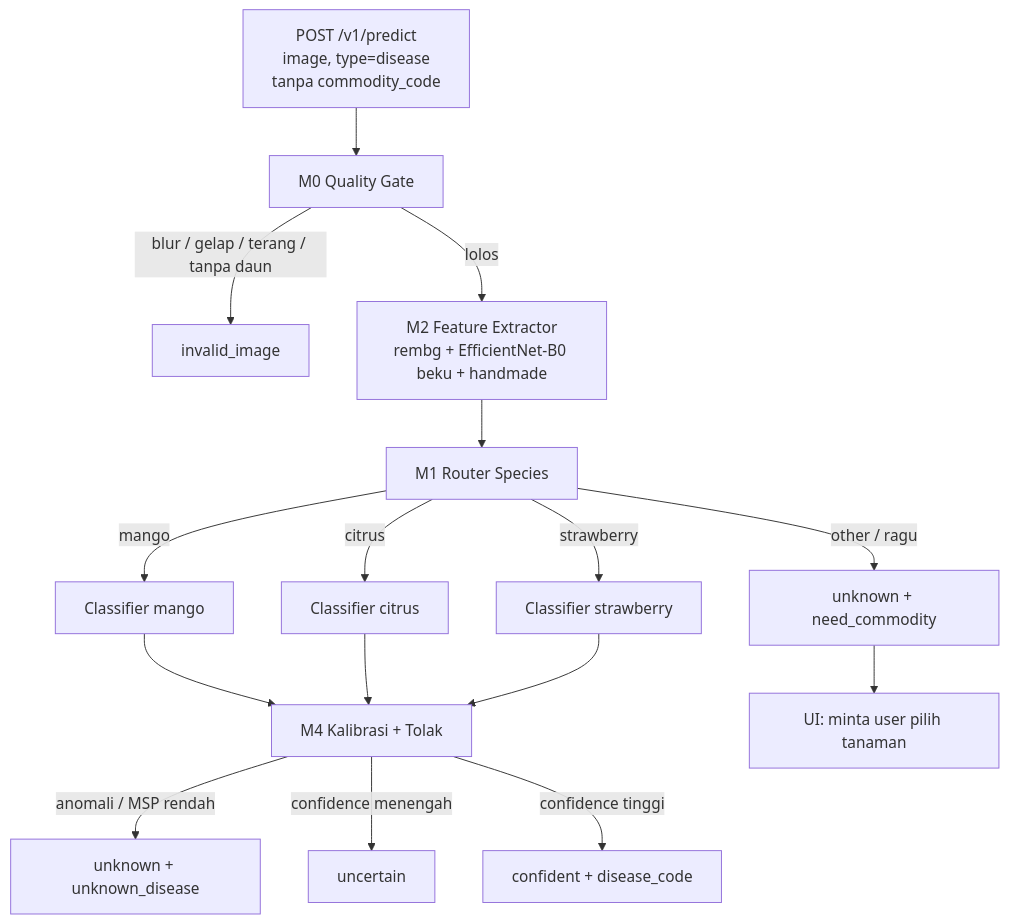
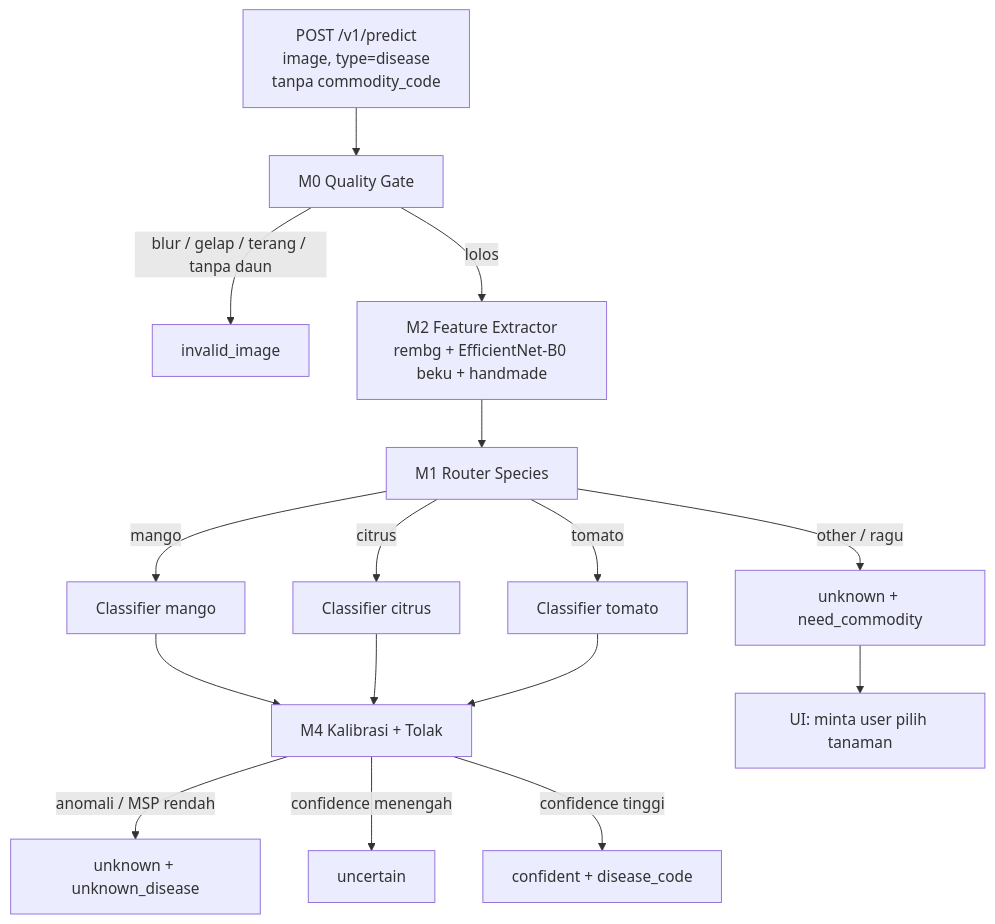
One commit to Hruto/Tanami changed the diagram in docs/ml-router-architecture.md. Above: the diagram before and after it, drawn with Mermaid. The commit also changed other lines of this file and 37 other files, not shown here.

First line of the commit message:
feat(tanami): ganti komoditas ketiga strawberry jadi tomato

````diff
--- a/docs/ml-router-architecture.md
+++ b/docs/ml-router-architecture.md
@@ -52,22 +52,22 @@
 ```mermaid
 flowchart TD
     A[POST /v1/predict<br/>image, type=disease<br/>tanpa commodity_code] --> B[M0 Quality Gate]
     B -->|blur / gelap / terang / tanpa daun| Z1[invalid_image]
     B -->|lolos| C[M2 Feature Extractor<br/>rembg + EfficientNet-B0 beku + handmade]
 
     C --> D[M1 Router Species]
     D -->|mango| E1[Classifier mango]
     D -->|citrus| E2[Classifier citrus]
-    D -->|strawberry| E3[Classifier strawberry]
+    D -->|tomato| E3[Classifier tomato]
     D -->|other / ragu| Z2[unknown + need_commodity]
 
     E1 --> F[M4 Kalibrasi + Tolak]
     E2 --> F
     E3 --> F
 
     F -->|anomali / MSP rendah| Z3[unknown + unknown_disease]
     F -->|confidence menengah| Z4[uncertain]
     F -->|confidence tinggi| G[confident + disease_code]
 
     Z2 --> H[UI: minta user pilih tanaman]
 ```
````
